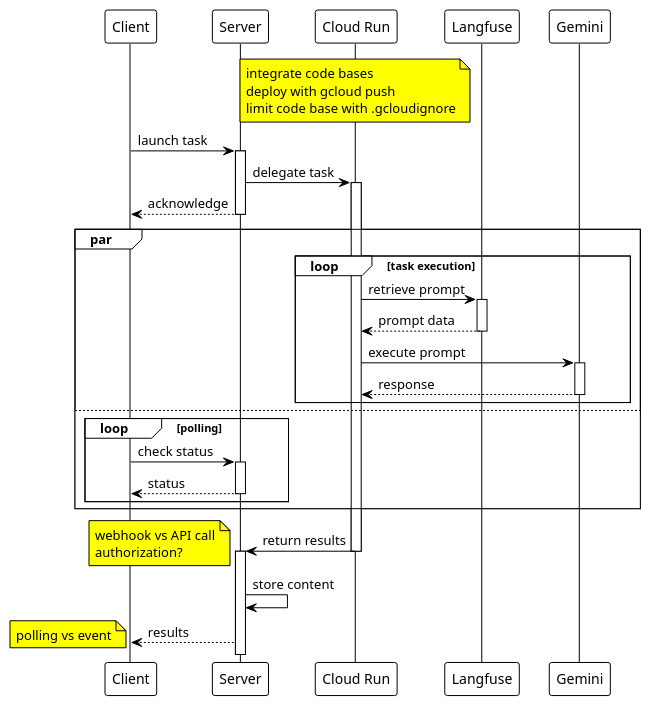
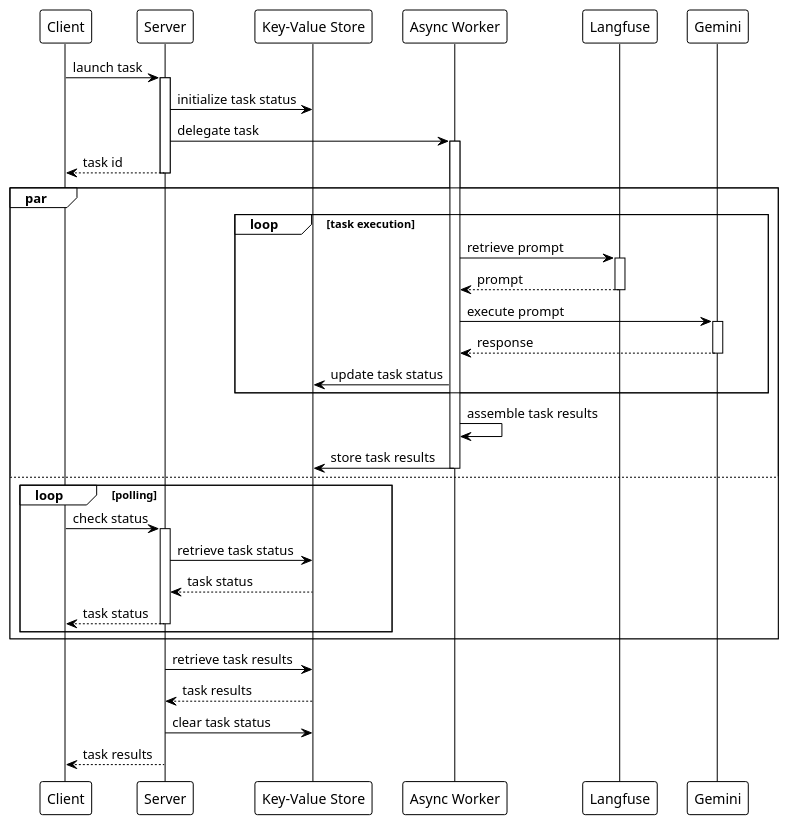
The diagram in docs/workflow.puml (ec2u/phds), drawn with PlantUML before and after one commit.

Commit message:
Review workflow diagram

```diff
--- a/docs/workflow.puml
+++ b/docs/workflow.puml
@@ -1,46 +1,51 @@
 @startuml EC2U PhD Agreements Tool Flow
 !theme plain
 
 participant "Client" as client
 participant "Server" as server
-participant "Cloud Run" as cloud
+participant "Key-Value Store" as store
+participant "Async Worker" as worker
 participant "Langfuse" as langfuse
 participant "Gemini" as gemini
 
-note over cloud #yellow : integrate code bases\ndeploy with gcloud push\nlimit code base with .gcloudignore
-
 client -> server: launch task
 activate server
-server -> cloud: delegate task
-activate cloud
-server --> client: acknowledge
+server -> store: initialize task status
+server -> worker: delegate task
+activate worker
+server --> client: task id
 deactivate server
 
 par
     group loop [task execution]
-        cloud -> langfuse: retrieve prompt
+        worker -> langfuse: retrieve prompt
         activate langfuse
-        langfuse --> cloud: prompt data
+        langfuse --> worker: prompt
         deactivate langfuse
-        cloud -> gemini: execute prompt
+        worker -> gemini: execute prompt
         activate gemini
-        gemini --> cloud: response
+        gemini --> worker: response
         deactivate gemini
+        worker -> store: update task status
     end
+    worker -> worker: assemble task results
+    worker -> store: store task results
+    deactivate worker
 else
     group loop [polling]
         client -> server: check status
         activate server
-        server --> client: status
+        server -> store: retrieve task status
+        store --> server: task status
+        server --> client: task status
         deactivate server
     end
+
 end
-cloud -> server: return results
-note bottom #yellow : webhook vs API call\nauthorization?
-deactivate cloud
 activate server
-server -> server: store content
-server --> client: results
-note bottom #yellow : polling vs event
+server -> store: retrieve task results
+store --> server: task results
+server -> store: clear task status
+server --> client: task results
 
 @enduml
```
